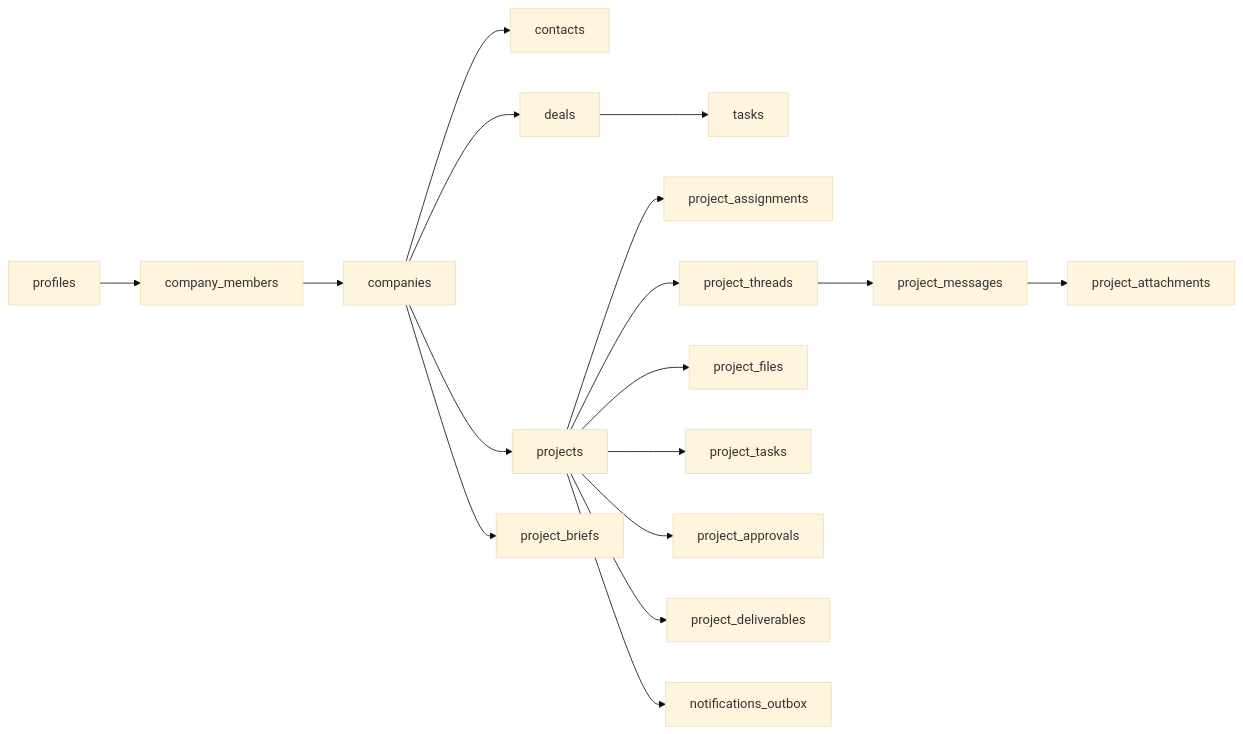
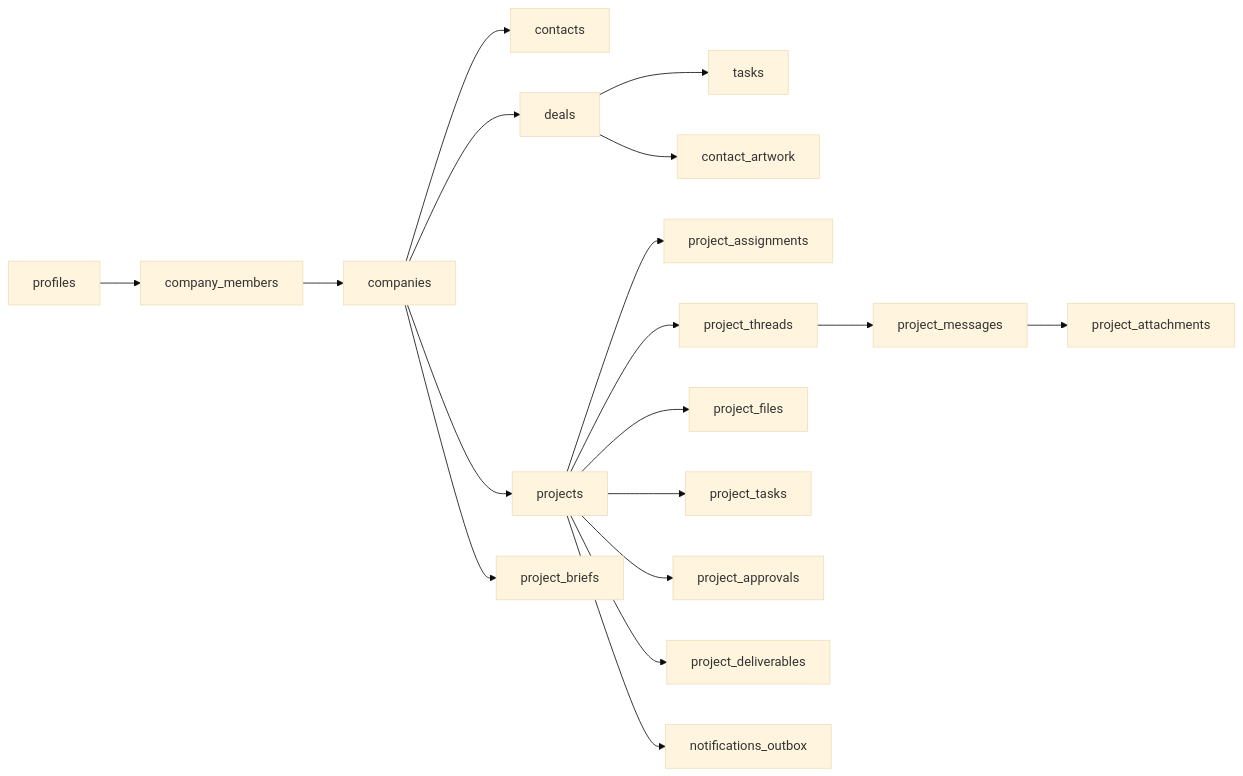
One commit to ethancrystal/crystalwebsolution.com changed the diagram in aidd_docs/memory/database.md. Above: the diagram before and after it, drawn with Mermaid (base theme). The commit also changed other lines of this file and 29 other files, not shown here.

````diff
--- a/aidd_docs/memory/database.md
+++ b/aidd_docs/memory/database.md
@@ -11,16 +11,17 @@
 ```mermaid
 flowchart LR
   profiles --> company_members --> companies
   companies --> contacts
   companies --> deals
   deals --> tasks
+  deals --> contact_artwork
   companies --> projects
   projects --> project_assignments
   projects --> project_threads --> project_messages --> project_attachments
   projects --> project_files
   projects --> project_tasks
   projects --> project_approvals
   projects --> project_deliverables
   companies --> project_briefs
   projects --> notifications_outbox
 ```
````
